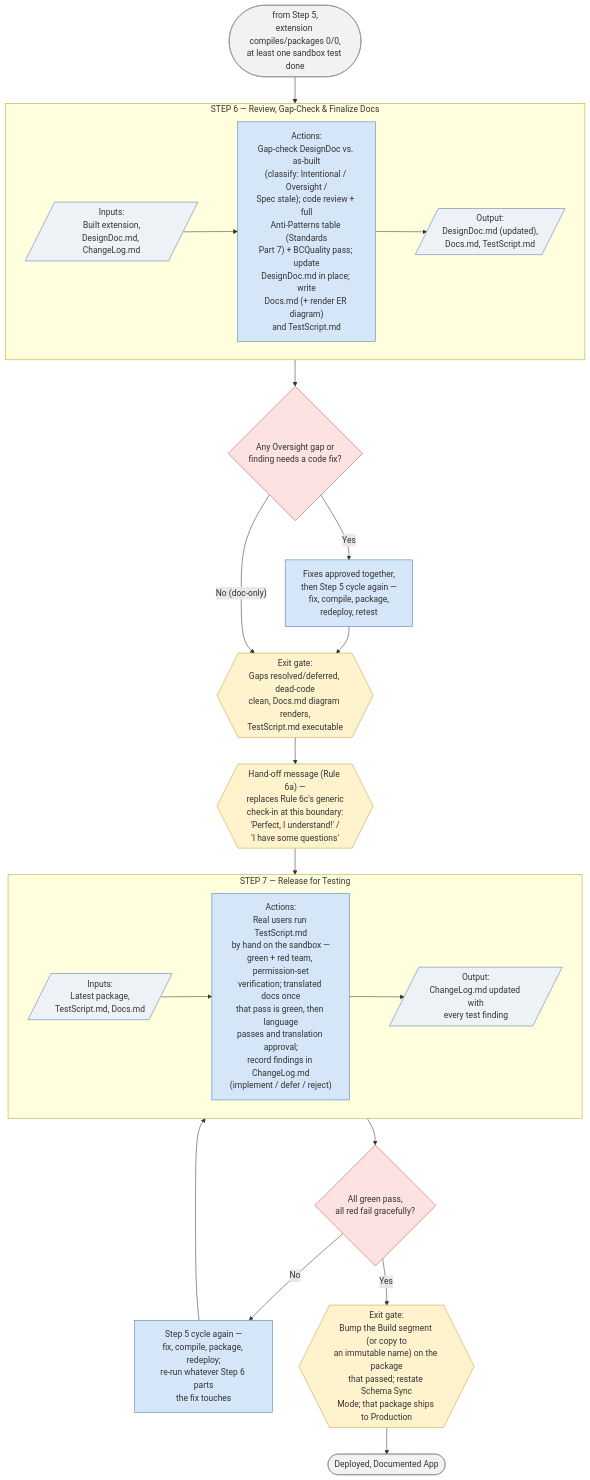
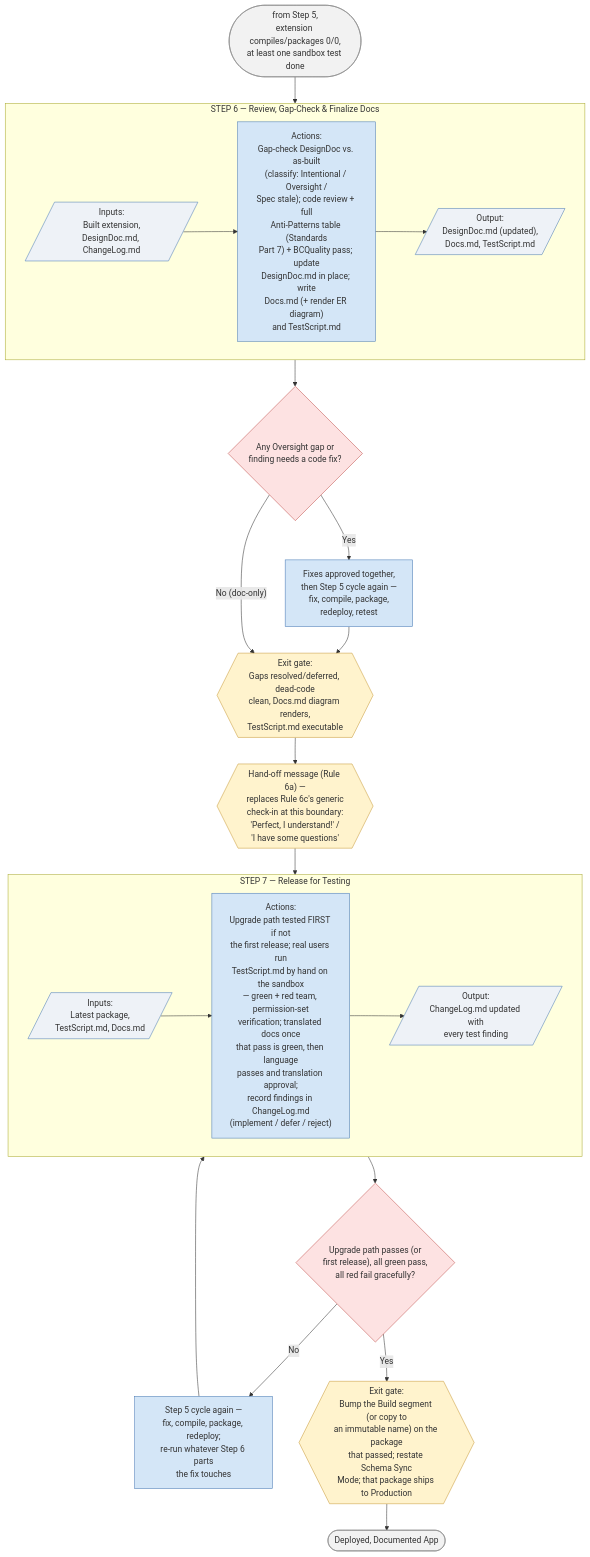
One commit to ajansari/ocpfBcAgenticDevFramework changed the sixth of 7 diagrams in liteVersion/LITE_RunbookSchematics.md. Above: the diagram before and after it, drawn with Mermaid. The commit also changed other lines of this file and 12 other files, not shown here.

````diff
--- a/liteVersion/LITE_RunbookSchematics.md
+++ b/liteVersion/LITE_RunbookSchematics.md
@@ -228,40 +228,40 @@
 ```mermaid
 flowchart TD
     Start(["from Step 5,<br/>extension compiles/packages 0/0,<br/>at least one sandbox test done"]) --> S6
 
     subgraph S6["STEP 6 — Review, Gap-Check & Finalize Docs"]
         direction LR
         In1[/"Inputs:<br/>Built extension,<br/>DesignDoc.md, ChangeLog.md"/] --> Act1["Actions:<br/>Gap-check DesignDoc vs. as-built<br/>(classify: Intentional / Oversight /<br/>Spec stale); code review + full<br/>Anti-Patterns table (Standards<br/>Part 7) + BCQuality pass; update<br/>DesignDoc.md in place; write<br/>Docs.md (+ render ER diagram)<br/>and TestScript.md"] --> Out1[/"Output:<br/>DesignDoc.md (updated),<br/>Docs.md, TestScript.md"/]
     end
     S6 --> GapFill{"Any Oversight gap or<br/>finding needs a code fix?"}
     GapFill -- "Yes" --> GapCycle["Fixes approved together,<br/>then Step 5 cycle again —<br/>fix, compile, package,<br/>redeploy, retest"]
     GapCycle --> Gate1
     GapFill -- "No (doc-only)" --> Gate1
     Gate1{{"Exit gate:<br/>Gaps resolved/deferred, dead-code<br/>clean, Docs.md diagram renders,<br/>TestScript.md executable"}}
 
     Gate1 --> HandOff{{"Hand-off message (Rule 6a) —<br/>replaces Rule 6c's generic<br/>check-in at this boundary:<br/>'Perfect, I understand!' /<br/>'I have some questions'"}}
     HandOff --> S7
     subgraph S7["STEP 7 — Release for Testing"]
         direction LR
-        In2[/"Inputs:<br/>Latest package,<br/>TestScript.md, Docs.md"/] --> Act2["Actions:<br/>Real users run TestScript.md<br/>by hand on the sandbox —<br/>green + red team, permission-set<br/>verification; translated docs once<br/>that pass is green, then language<br/>passes and translation approval;<br/>record findings in ChangeLog.md<br/>(implement / defer / reject)"] --> Out2[/"Output:<br/>ChangeLog.md updated with<br/>every test finding"/]
+        In2[/"Inputs:<br/>Latest package,<br/>TestScript.md, Docs.md"/] --> Act2["Actions:<br/>Upgrade path tested FIRST if not<br/>the first release; real users run<br/>TestScript.md by hand on the sandbox<br/>— green + red team, permission-set<br/>verification; translated docs once<br/>that pass is green, then language<br/>passes and translation approval;<br/>record findings in ChangeLog.md<br/>(implement / defer / reject)"] --> Out2[/"Output:<br/>ChangeLog.md updated with<br/>every test finding"/]
     end
-    S7 --> ReleaseCheck{"All green pass,<br/>all red fail gracefully?"}
+    S7 --> ReleaseCheck{"Upgrade path passes (or<br/>first release), all green pass,<br/>all red fail gracefully?"}
     ReleaseCheck -- "No" --> GapCycle2["Step 5 cycle again —<br/>fix, compile, package, redeploy;<br/>re-run whatever Step 6 parts<br/>the fix touches"]
     GapCycle2 --> S7
     ReleaseCheck -- "Yes" --> Gate2
 
     Gate2{{"Exit gate:<br/>Bump the Build segment (or copy to<br/>an immutable name) on the package<br/>that passed; restate Schema Sync<br/>Mode; that package ships to Production"}}
 
     Gate2 --> Done(["Deployed, Documented App"])
 
     classDef io fill:#eef2f7,stroke:#4a7ab5,stroke-width:1px;
     classDef act fill:#d4e6f7,stroke:#4a7ab5,stroke-width:1px;
     classDef gate fill:#fff3cd,stroke:#c99a3a,stroke-width:1px;
     classDef endpoint fill:#f2f2f2,stroke:#888,stroke-width:1px;
     classDef decision fill:#fde2e2,stroke:#c0504d,stroke-width:1px;
     class In1,Out1,In2,Out2 io;
     class Act1,Act2,GapCycle,GapCycle2 act;
     class Gate1,Gate2,HandOff gate;
     class Start,Done endpoint;
     class GapFill,ReleaseCheck decision;
 ```
````
